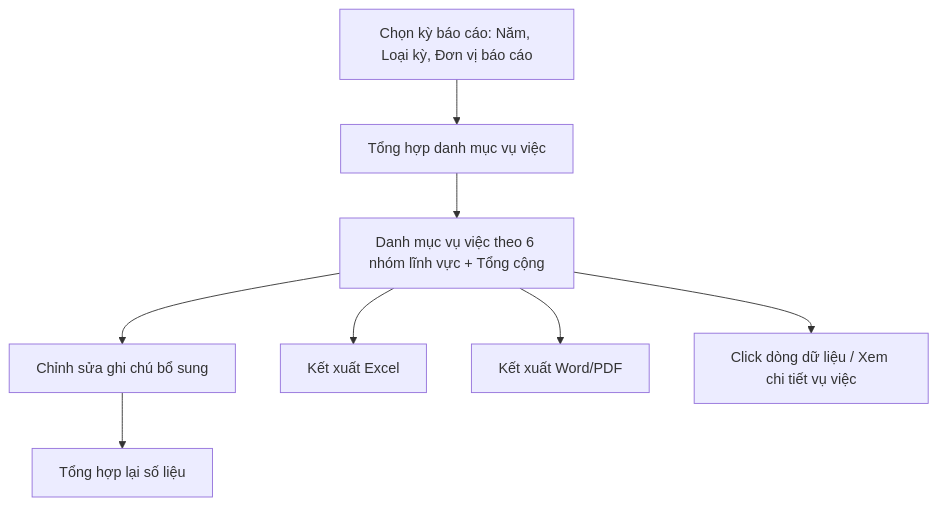
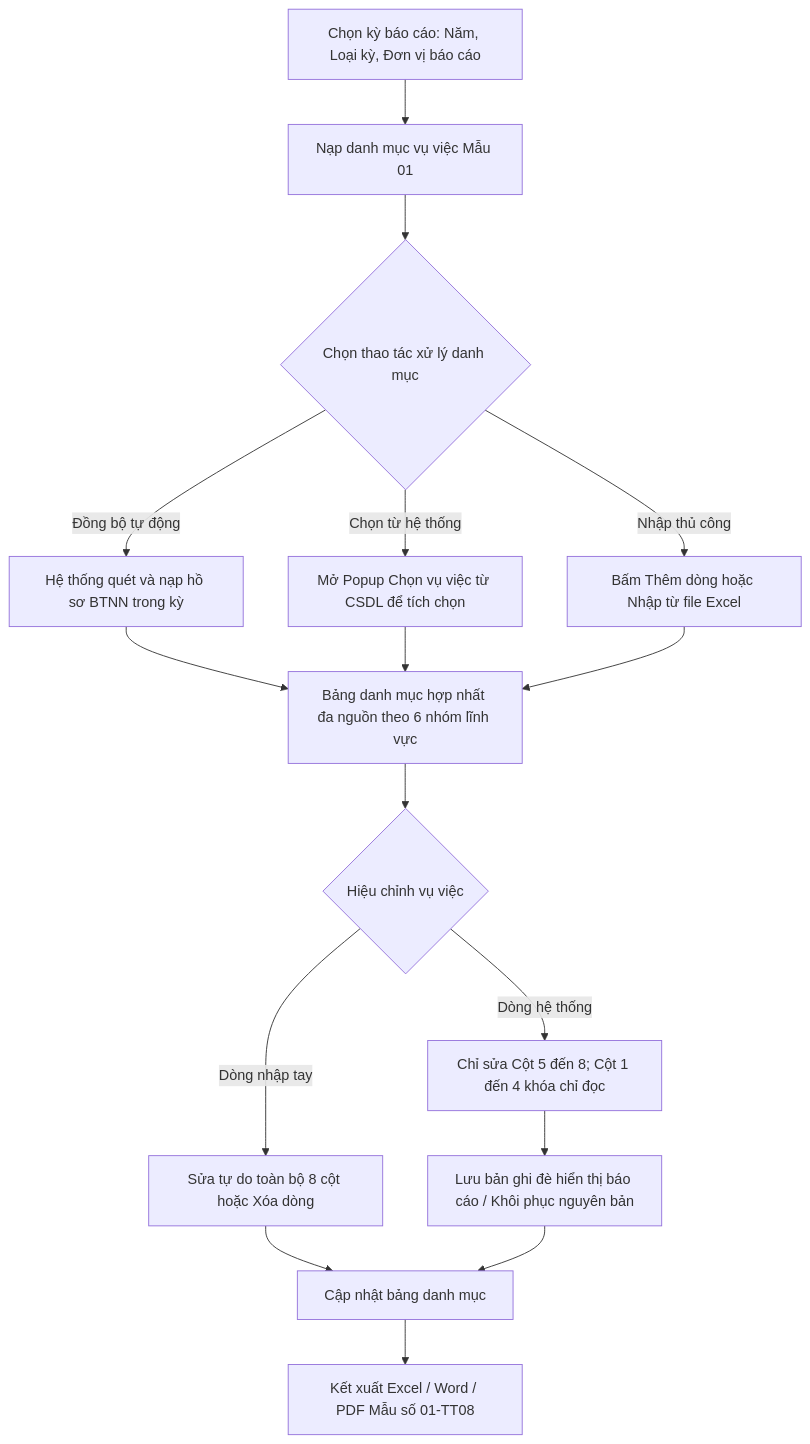
The diagram in Tai lieu phan tich/03_Website_Quan_tri/03_Cong_tac_boi_thuong/SRS_BaoCao_Mau01_DanhMucVuViec.md (huyendt2007/BPBD_UI), drawn with Mermaid before and after one commit. The commit also changed other lines of this file and 6 other files, not shown here.

````diff
--- a/Tai lieu phan tich/03_Website_Quan_tri/03_Cong_tac_boi_thuong/SRS_BaoCao_Mau01_DanhMucVuViec.md
+++ b/Tai lieu phan tich/03_Website_Quan_tri/03_Cong_tac_boi_thuong/SRS_BaoCao_Mau01_DanhMucVuViec.md
@@ -29,10 +24,18 @@
 ```mermaid
 flowchart TD
-    A[Chọn kỳ báo cáo: Năm, Loại kỳ, Đơn vị báo cáo] --> B[Tổng hợp danh mục vụ việc]
-    B --> C[Danh mục vụ việc theo 6 nhóm lĩnh vực + Tổng cộng]
-    C --> D[Chỉnh sửa ghi chú bổ sung]
-    D --> E[Tổng hợp lại số liệu]
-    C --> F[Kết xuất Excel]
-    C --> G[Kết xuất Word/PDF]
-    C --> H[Click dòng dữ liệu / Xem chi tiết vụ việc]
+    A[Chọn kỳ báo cáo: Năm, Loại kỳ, Đơn vị báo cáo] --> B[Nạp danh mục vụ việc Mẫu 01]
+    B --> C{Chọn thao tác xử lý danh mục}
+    C -->|Đồng bộ tự động| D[Hệ thống quét và nạp hồ sơ BTNN trong kỳ]
+    C -->|Chọn từ hệ thống| E[Mở Popup Chọn vụ việc từ CSDL để tích chọn]
+    C -->|Nhập thủ công| F[Bấm Thêm dòng hoặc Nhập từ file Excel]
+    D --> G[Bảng danh mục hợp nhất đa nguồn theo 6 nhóm lĩnh vực]
+    E --> G
+    F --> G
+    G --> H{Hiệu chỉnh vụ việc}
+    H -->|Dòng hệ thống| I[Chỉ sửa Cột 5 đến 8; Cột 1 đến 4 khóa chỉ đọc]
+    H -->|Dòng nhập tay| J[Sửa tự do toàn bộ 8 cột hoặc Xóa dòng]
+    I --> K[Lưu bản ghi đè hiển thị báo cáo / Khôi phục nguyên bản]
+    J --> L[Cập nhật bảng danh mục]
+    K --> L
+    L --> M[Kết xuất Excel / Word / PDF Mẫu số 01-TT08]
 ```
````
